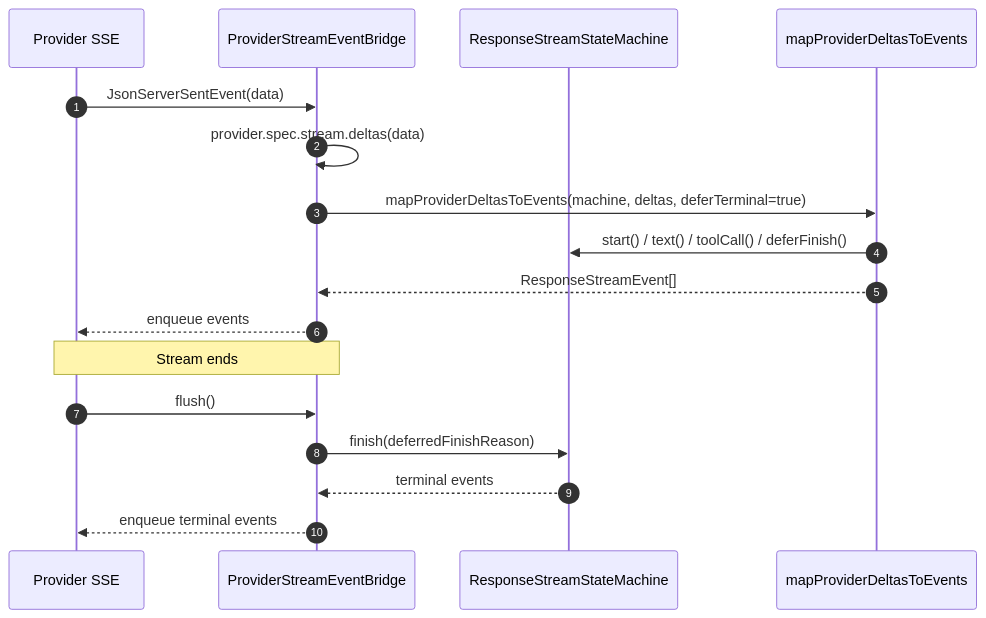
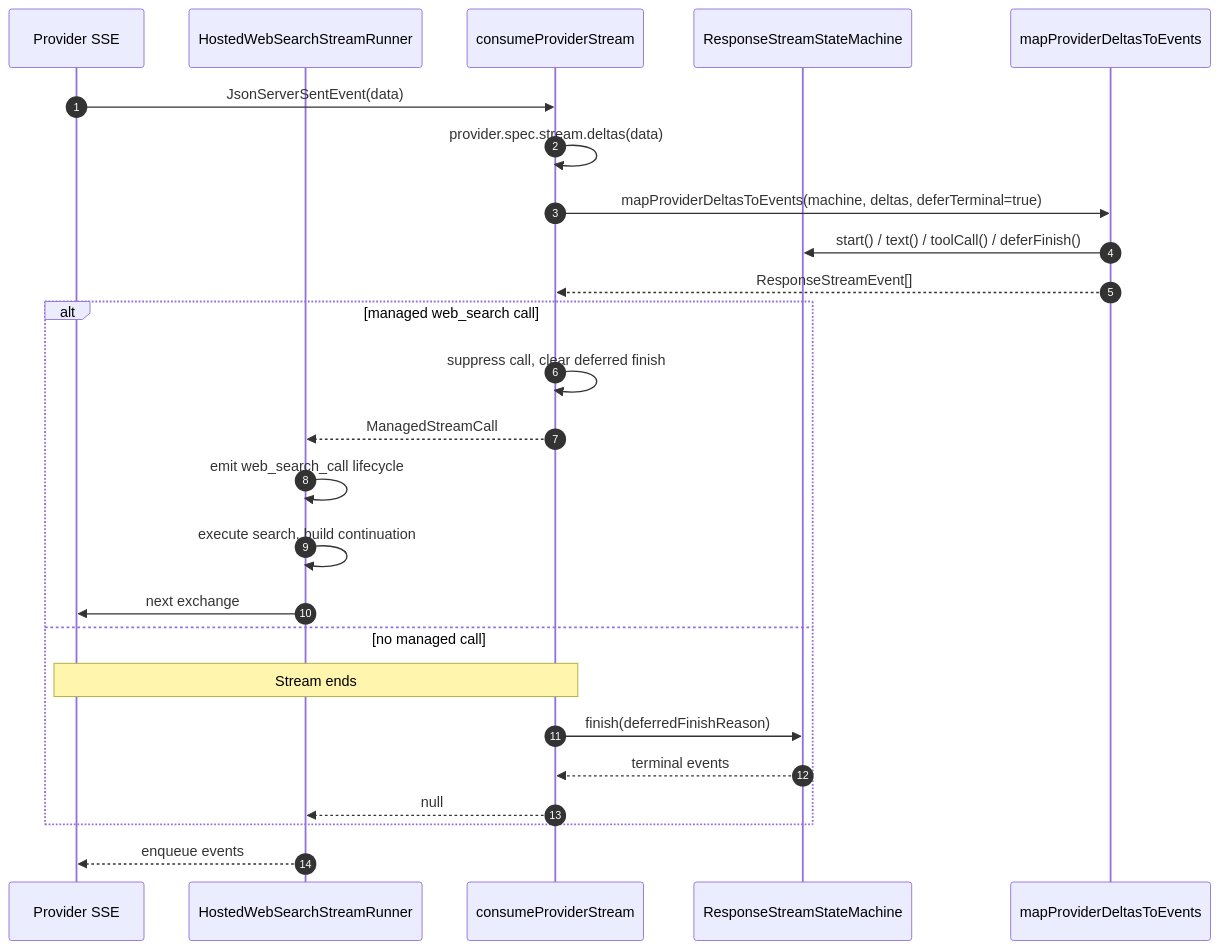
The second of 3 diagrams in wiki/02-architecture/streaming-pipeline.md (Ahoo-Wang/GodeX), drawn with Mermaid before and after one commit. The commit also changed other lines of this file and 70 other files, not shown here.

````diff
--- a/wiki/02-architecture/streaming-pipeline.md
+++ b/wiki/02-architecture/streaming-pipeline.md
@@ -77,21 +89,29 @@
 ```mermaid
 sequenceDiagram
     autonumber
     participant SSE as Provider SSE
-    participant B as ProviderStreamEventBridge
+    participant R as HostedWebSearchStreamRunner
+    participant C as consumeProviderStream
     participant M as ResponseStreamStateMachine
     participant D as mapProviderDeltasToEvents
 
-    SSE->>B: JsonServerSentEvent(data)
-    B->>B: provider.spec.stream.deltas(data)
-    B->>D: mapProviderDeltasToEvents(machine, deltas, deferTerminal=true)
+    SSE->>C: JsonServerSentEvent(data)
+    C->>C: provider.spec.stream.deltas(data)
+    C->>D: mapProviderDeltasToEvents(machine, deltas, deferTerminal=true)
     D->>M: start() / text() / toolCall() / deferFinish()
-    D-->>B: ResponseStreamEvent[]
-    B-->>SSE: enqueue events
+    D-->>C: ResponseStreamEvent[]
 
-    Note over SSE,B: Stream ends
-    SSE->>B: flush()
-    B->>M: finish(deferredFinishReason)
-    M-->>B: terminal events
-    B-->>SSE: enqueue terminal events
+    alt managed web_search call
+        C->>C: suppress call, clear deferred finish
+        C-->>R: ManagedStreamCall
+        R->>R: emit web_search_call lifecycle
+        R->>R: execute search, build continuation
+        R->>SSE: next exchange
+    else no managed call
+        Note over SSE,C: Stream ends
+        C->>M: finish(deferredFinishReason)
+        M-->>C: terminal events
+        C-->>R: null
+    end
+    R-->>SSE: enqueue events
 ```
````
